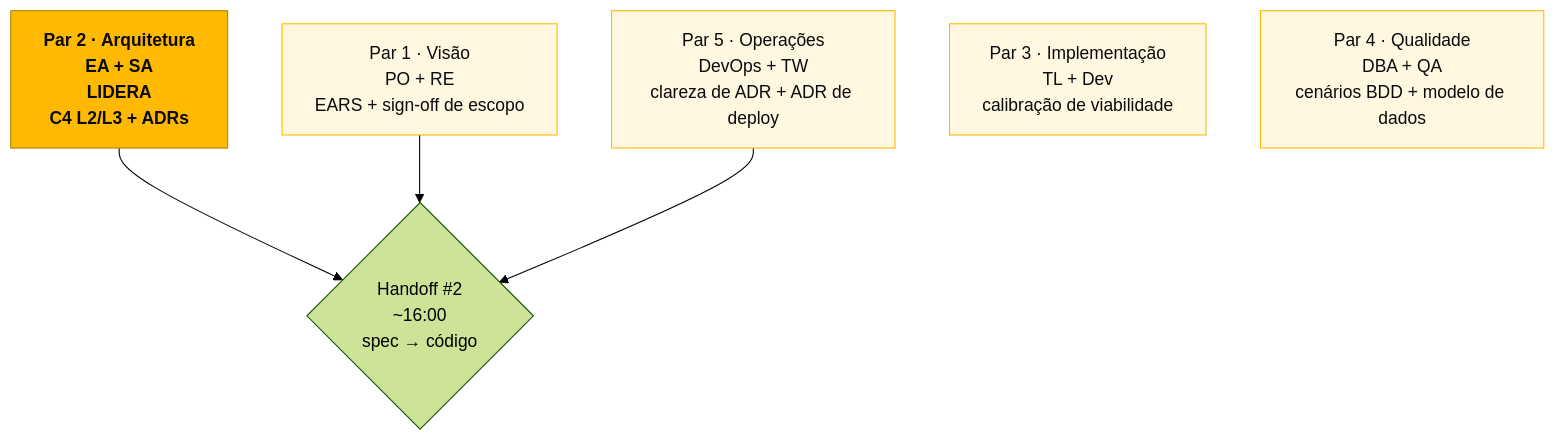
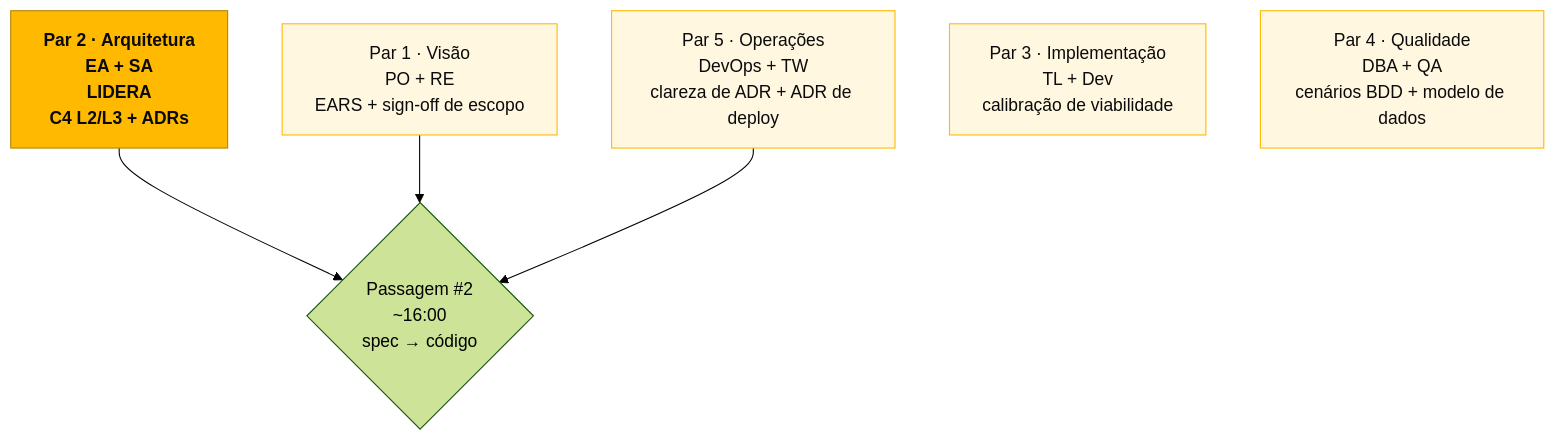
The second of 2 diagrams in pt-br/02-spec-moderna/README.md (paulasilvatech/hackathon-datacorp-team-kit), drawn with Mermaid (forest theme) before and after one commit. The commit also changed other lines of this file and 172 other files, not shown here.

````diff
--- a/pt-br/02-spec-moderna/README.md
+++ b/pt-br/02-spec-moderna/README.md
@@ -38,15 +38,15 @@
 ```mermaid
 flowchart TB
  classDef lead fill:#FFB900,stroke:#B38600,color:#0A0A0A,font-weight:bold
  classDef support fill:#FFF7E0,stroke:#FFB900,color:#0A0A0A
 
  P2[Par 2 · Arquitetura<br/>EA + SA<br/>LIDERA<br/>C4 L2/L3 + ADRs]:::lead
  P1[Par 1 · Visão<br/>PO + RE<br/>EARS + sign-off de escopo]:::support
  P5[Par 5 · Operações<br/>DevOps + TW<br/>clareza de ADR + ADR de deploy]:::support
  P3[Par 3 · Implementação<br/>TL + Dev<br/>calibração de viabilidade]:::support
  P4[Par 4 · Qualidade<br/>DBA + QA<br/>cenários BDD + modelo de dados]:::support
 
- P2 --> H2{Handoff #2<br/>~16:00<br/>spec → código}
+ P2 --> H2{Passagem #2<br/>~16:00<br/>spec → código}
  P1 --> H2
  P5 --> H2
 ```
````
